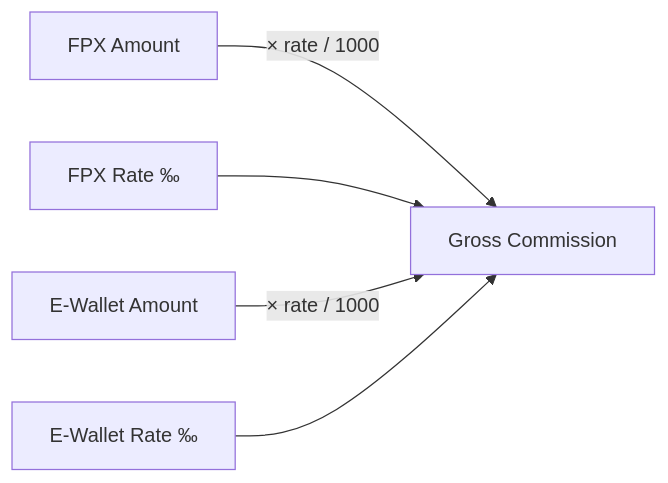
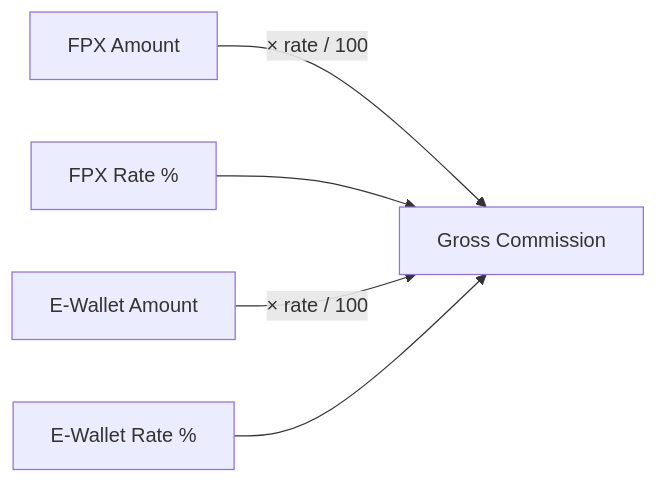
The sixth of 9 diagrams in docs/ledger-flow.md (nestorzamili/payment-automation), drawn with Mermaid before and after one commit. The commit also changed other lines of this file and 4 other files, not shown here.

First line of the commit message:
feat(docs): update README and architecture documentation with new features and API endpoints

````diff
--- a/docs/ledger-flow.md
+++ b/docs/ledger-flow.md
@@ -148,13 +148,13 @@
 ```mermaid
 flowchart LR
     FPX["FPX Amount"]
-    RATE_FPX["FPX Rate ‰"]
+    RATE_FPX["FPX Rate %"]
     EW["E-Wallet Amount"]
-    RATE_EW["E-Wallet Rate ‰"]
+    RATE_EW["E-Wallet Rate %"]
     GROSS["Gross Commission"]
 
-    FPX -->|"× rate / 1000"| GROSS
+    FPX -->|"× rate / 100"| GROSS
     RATE_FPX --> GROSS
-    EW -->|"× rate / 1000"| GROSS
+    EW -->|"× rate / 100"| GROSS
     RATE_EW --> GROSS
 ```
````
